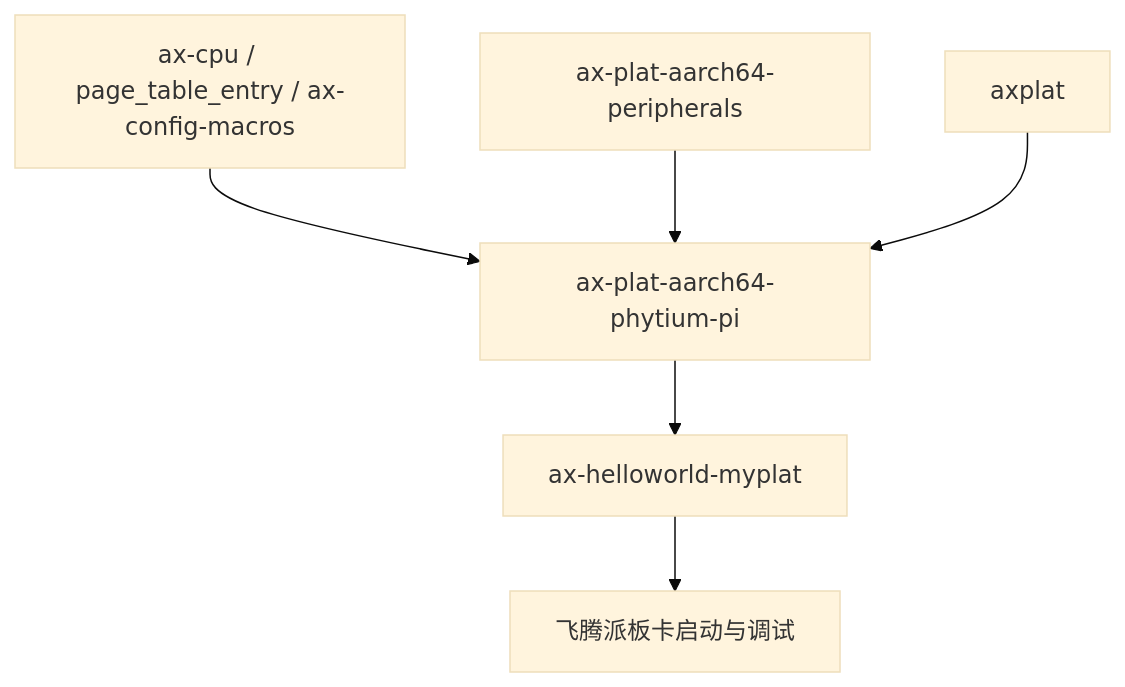
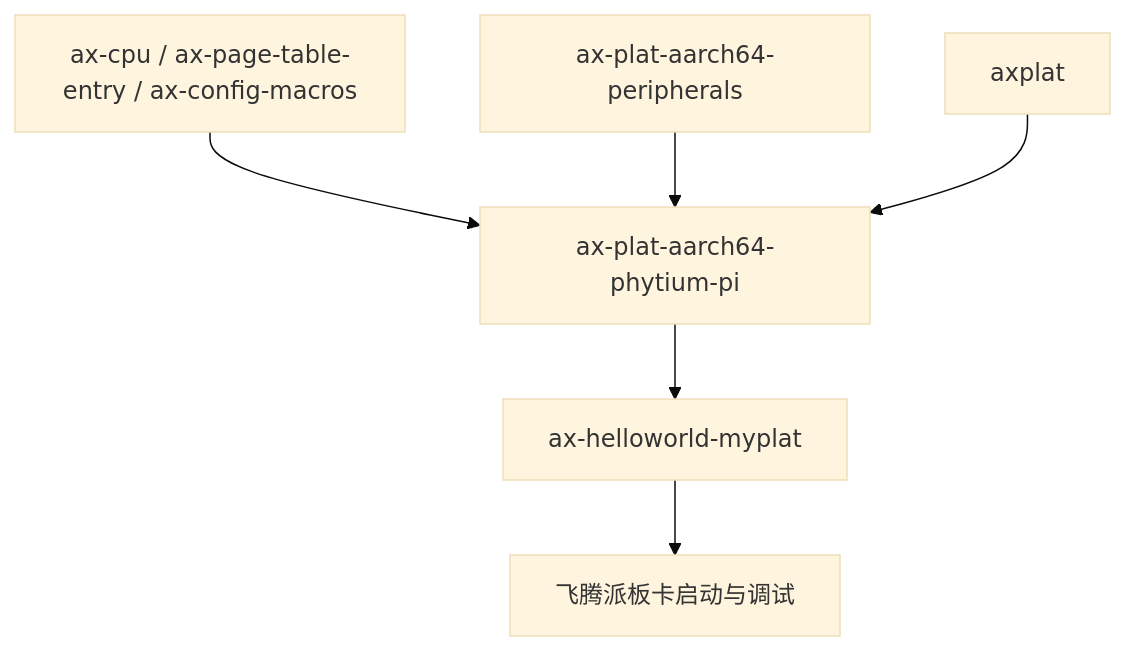
Before and after one commit to zKurisu/tgoskits: the second of 2 diagrams in docs/crates/ax-plat-aarch64-phytium-pi.md, drawn with Mermaid (base theme). The commit also changed other lines of this file and 62 other files, not shown here.

Commit message:
rename page_table_entry to ax-page-table-entry

````diff
--- a/docs/crates/ax-plat-aarch64-phytium-pi.md
+++ b/docs/crates/ax-plat-aarch64-phytium-pi.md
@@ -154,8 +154,8 @@
 ```mermaid
 graph TD
-    A[ax-cpu / page_table_entry / ax-config-macros] --> B[ax-plat-aarch64-phytium-pi]
+    A[ax-cpu / ax-page-table-entry / ax-config-macros] --> B[ax-plat-aarch64-phytium-pi]
     C[ax-plat-aarch64-peripherals] --> B
     D[axplat] --> B
     B --> E[ax-helloworld-myplat]
     E --> F[飞腾派板卡启动与调试]
 ```
````
